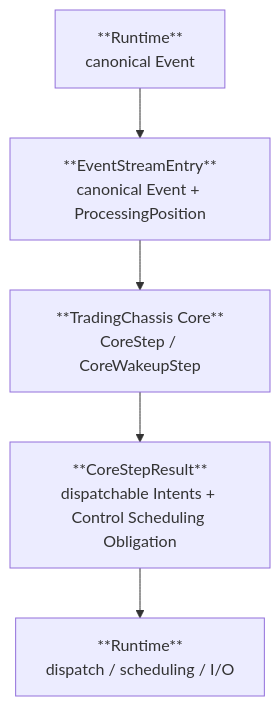
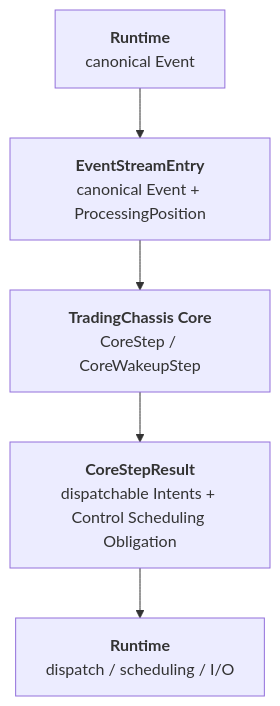
One commit to trading-engineering/trading-platform changed the diagram in README.md. Above: the diagram before and after it, drawn with Mermaid. The commit also changed other lines of this file, not shown here.

Commit message:
docs(readme): bold mermaid box headings (#11)

````diff
--- a/README.md
+++ b/README.md
@@ -129,7 +129,7 @@
 ```mermaid
 flowchart TB
-    R1["**Runtime**<br/>canonical Event"] --> Entry["**EventStreamEntry**<br/>canonical Event + ProcessingPosition"]
-    Entry --> Core["**TradingChassis Core**<br/>CoreStep / CoreWakeupStep"]
-    Core --> Result["**CoreStepResult**<br/>dispatchable Intents + Control Scheduling Obligation"]
-    Result --> R2["**Runtime**<br/>dispatch / scheduling / I/O"]
+    R1["<b>Runtime</b><br/>canonical Event"] --> Entry["<b>EventStreamEntry</b><br/>canonical Event + ProcessingPosition"]
+    Entry --> Core["<b>TradingChassis Core</b><br/>CoreStep / CoreWakeupStep"]
+    Core --> Result["<b>CoreStepResult</b><br/>dispatchable Intents + Control Scheduling Obligation"]
+    Result --> R2["<b>Runtime</b><br/>dispatch / scheduling / I/O"]
 ```
````
